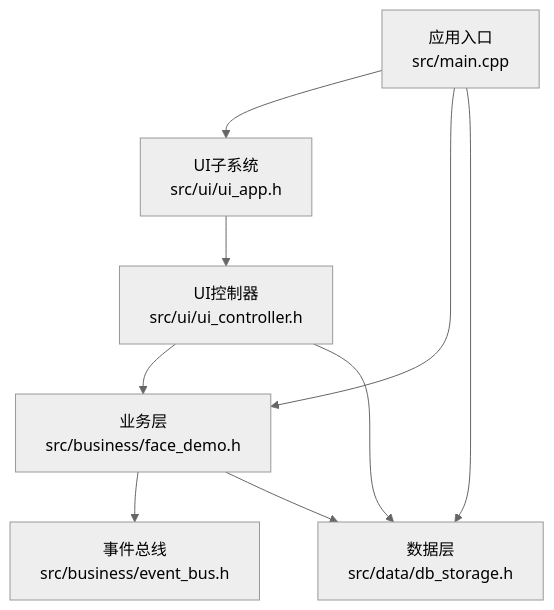
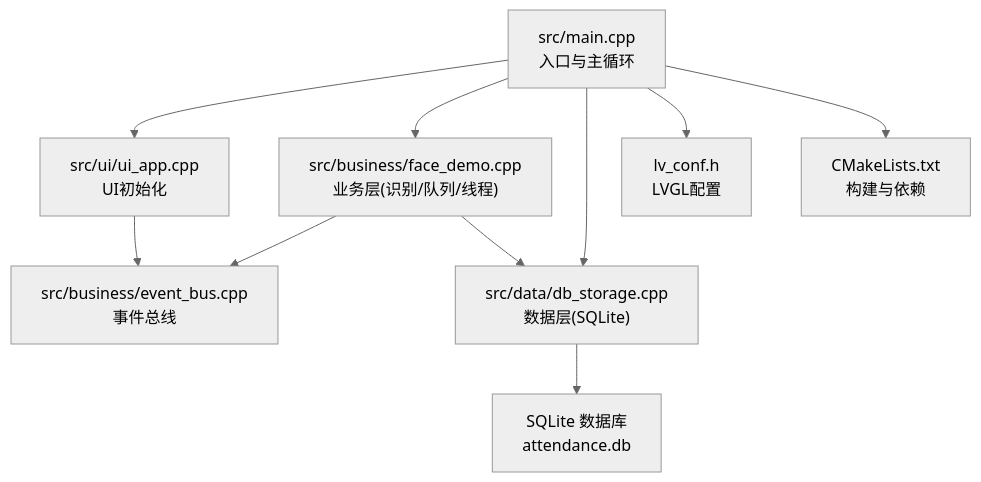
The first of 5 diagrams in .qoder/repowiki/zh/content/故障排除.md (Drunk552/SmartAttendance), drawn with Mermaid (neutral theme) before and after one commit. The commit also changed other lines of this file and 119 other files, not shown here.

````diff
--- a/.qoder/repowiki/zh/content/故障排除.md
+++ b/.qoder/repowiki/zh/content/故障排除.md
@@ -35,11 +38,12 @@
 ```mermaid
 graph TB
-A["应用入口<br/>src/main.cpp"] --> B["UI子系统<br/>src/ui/ui_app.h"]
-A --> C["业务层<br/>src/business/face_demo.h"]
-A --> D["数据层<br/>src/data/db_storage.h"]
-C --> E["事件总线<br/>src/business/event_bus.h"]
-B --> F["UI控制器<br/>src/ui/ui_controller.h"]
-F --> C
-F --> D
+A["src/main.cpp<br/>入口与主循环"] --> B["src/ui/ui_app.cpp<br/>UI初始化"]
+A --> C["src/business/face_demo.cpp<br/>业务层(识别/队列/线程)"]
+A --> D["src/data/db_storage.cpp<br/>数据层(SQLite)"]
+B --> E["src/business/event_bus.cpp<br/>事件总线"]
+C --> E
 C --> D
+D --> F["SQLite 数据库<br/>attendance.db"]
+A --> G["lv_conf.h<br/>LVGL配置"]
+A --> H["CMakeLists.txt<br/>构建与依赖"]
 ```
````
